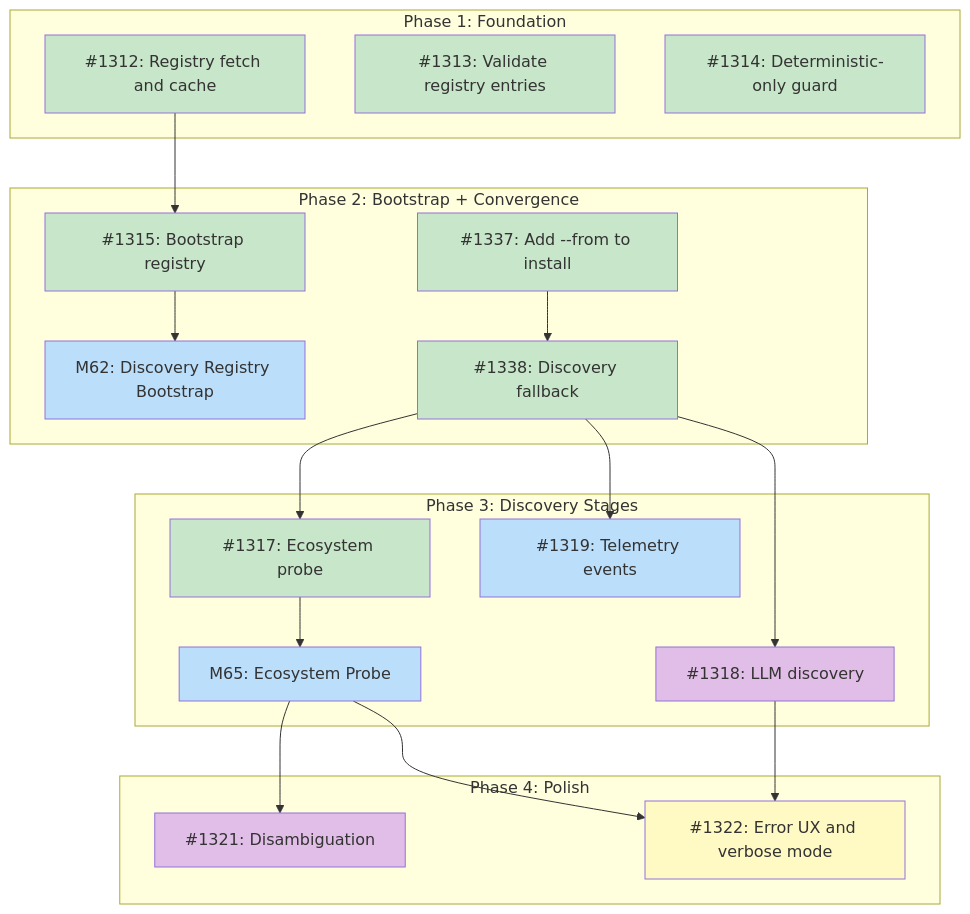
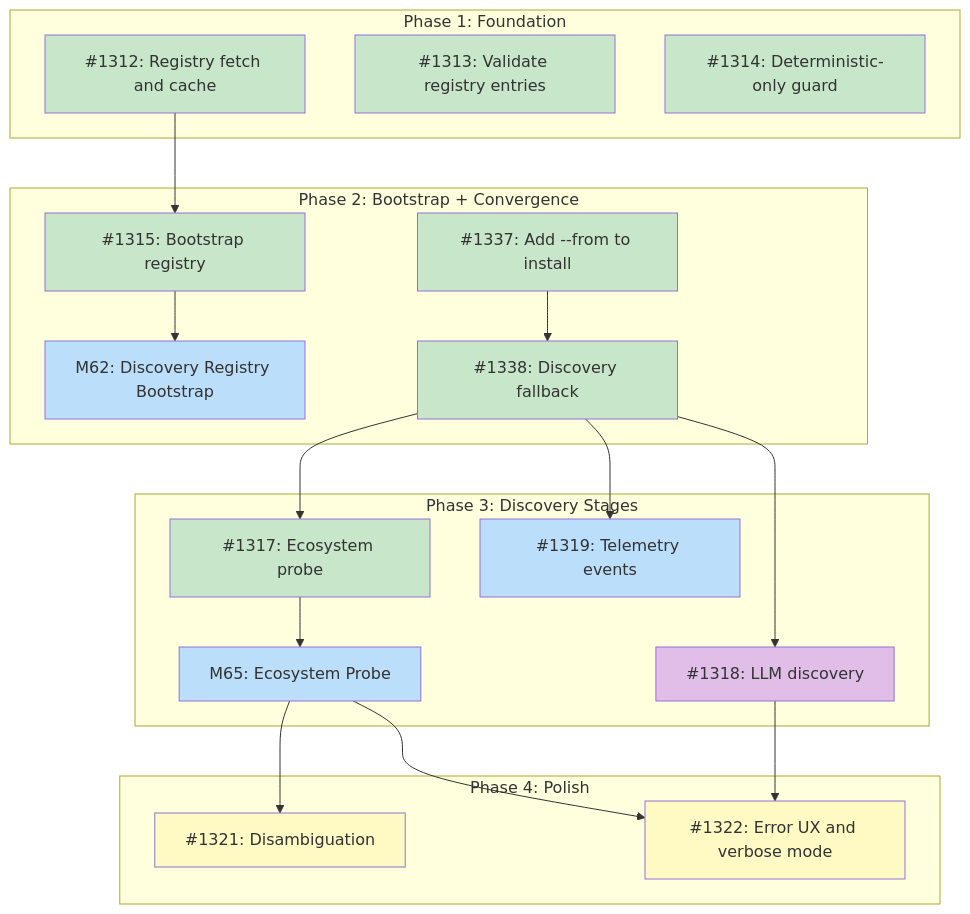
Before and after one commit to tsukumogami/tsuku: the diagram in docs/designs/DESIGN-discovery-resolver.md, drawn with Mermaid.

Commit message:
fix(docs): set I1321 to blocked (open dependency on M65)

````diff
--- a/docs/designs/DESIGN-discovery-resolver.md
+++ b/docs/designs/DESIGN-discovery-resolver.md
@@ -64,53 +64,53 @@
 ```mermaid
 graph TD
     subgraph Phase1["Phase 1: Foundation"]
         I1312["#1312: Registry fetch and cache"]
         I1313["#1313: Validate registry entries"]
         I1314["#1314: Deterministic-only guard"]
     end
 
     subgraph Phase2["Phase 2: Bootstrap + Convergence"]
         M62["M62: Discovery Registry Bootstrap"]
         I1315["#1315: Bootstrap registry"]
         I1337["#1337: Add --from to install"]
         I1338["#1338: Discovery fallback"]
     end
 
     subgraph Phase3["Phase 3: Discovery Stages"]
         I1317["#1317: Ecosystem probe"]
         M65["M65: Ecosystem Probe"]
         I1318["#1318: LLM discovery"]
         I1319["#1319: Telemetry events"]
     end
 
     subgraph Phase4["Phase 4: Polish"]
         I1321["#1321: Disambiguation"]
         I1322["#1322: Error UX and verbose mode"]
     end
 
     I1312 --> I1315
     I1315 --> M62
     I1337 --> I1338
     I1338 --> I1317
     I1317 --> M65
     I1338 --> I1318
     I1338 --> I1319
     M65 --> I1321
     M65 --> I1322
     I1318 --> I1322
 
     classDef done fill:#c8e6c9
     classDef ready fill:#bbdefb
     classDef blocked fill:#fff9c4
     classDef needsDesign fill:#e1bee7
 
     class I1312,I1313,I1314 done
     class I1337,I1338 done
     class I1319 ready
     class I1317 done
     class I1318 needsDesign
     class M65,M62 ready
     class I1315 done
-    class I1321 needsDesign
+    class I1321 blocked
     class I1322 blocked
 ```
````
